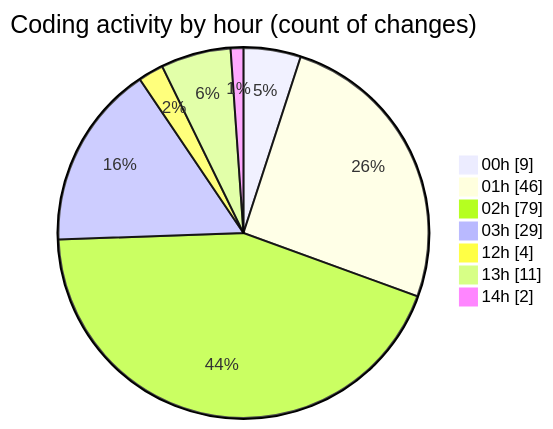
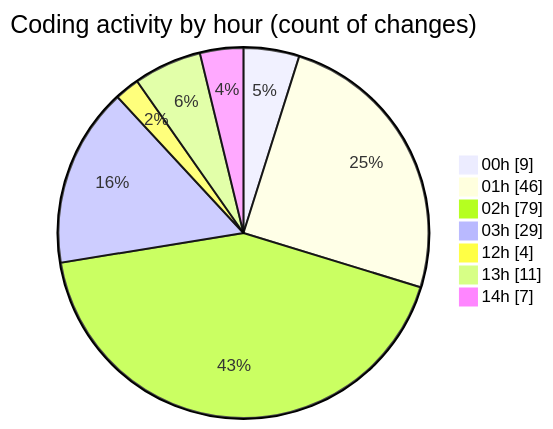
One commit to julien-gomy/code-tracking changed the second of 2 diagrams in 2025-11-18/eventscop-frontend-guide__workspace_/README.md. Above: the diagram before and after it, drawn with Mermaid. The commit also changed other lines of this file and 1 other file, not shown here.

````diff
--- a/2025-11-18/eventscop-frontend-guide__workspace_/README.md
+++ b/2025-11-18/eventscop-frontend-guide__workspace_/README.md
@@ -74,11 +74,11 @@
 ```mermaid
 pie showData
 title Coding activity by hour (count of changes)
 "00h" : 9
 "01h" : 46
 "02h" : 79
 "03h" : 29
 "12h" : 4
 "13h" : 11
-"14h" : 2
+"14h" : 7
 ```
````
